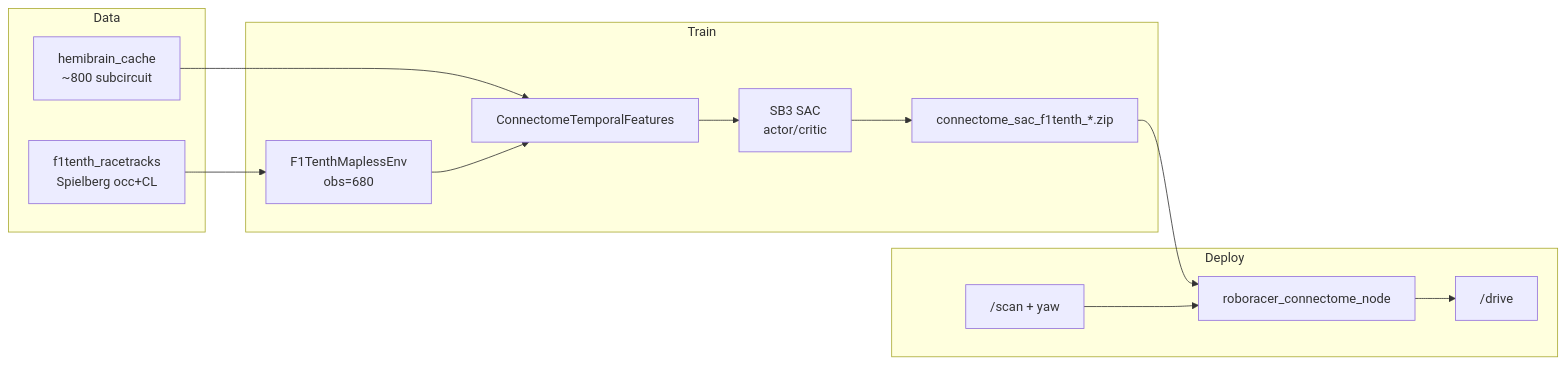
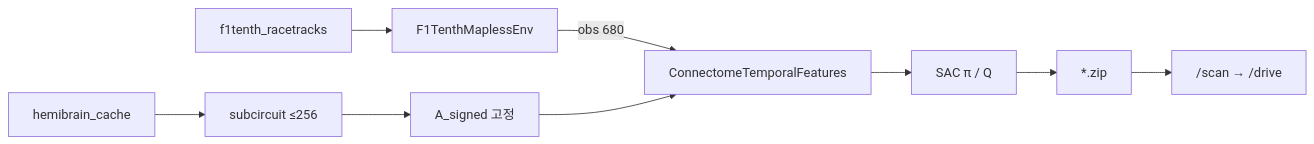
One commit to tkddn647-ship-it/2027_F1tenth_test changed the first of 3 diagrams in README.md. Above: the diagram before and after it, drawn with Mermaid. The commit also changed other lines of this file and 2 other files, not shown here.

First line of the commit message:
Enable learnable connectome temporal unroll and expand theory README.

````diff
--- a/README.md
+++ b/README.md
@@ -47,26 +139,11 @@
 ```mermaid
 flowchart LR
-  subgraph Data
-    HB[hemibrain_cache<br/>~800 subcircuit]
-    MAP[f1tenth_racetracks<br/>Spielberg occ+CL]
-  end
-
-  subgraph Train
-    ENV[F1TenthMaplessEnv<br/>obs=680]
-    POL[ConnectomeTemporalFeatures]
-    SAC[SB3 SAC<br/>actor/critic]
-    ZIP[connectome_sac_f1tenth_*.zip]
-  end
-
-  subgraph Deploy
-    SCAN["/scan + yaw"]
-    NODE[roboracer_connectome_node]
-    DRIVE["/drive"]
-  end
-
-  HB --> POL
-  MAP --> ENV
-  ENV --> POL --> SAC --> ZIP
-  ZIP --> NODE
-  SCAN --> NODE --> DRIVE
+  HB[hemibrain_cache] --> SUB[subcircuit ≤256]
+  SUB --> A[A_signed 고정]
+  MAP[f1tenth_racetracks] --> ENV[F1TenthMaplessEnv]
+  ENV -->|obs 680| FEAT[ConnectomeTemporalFeatures]
+  A --> FEAT
+  FEAT --> SAC[SAC π / Q]
+  SAC --> ZIP[*.zip]
+  ZIP --> NODE["/scan → /drive"]
 ```
````
